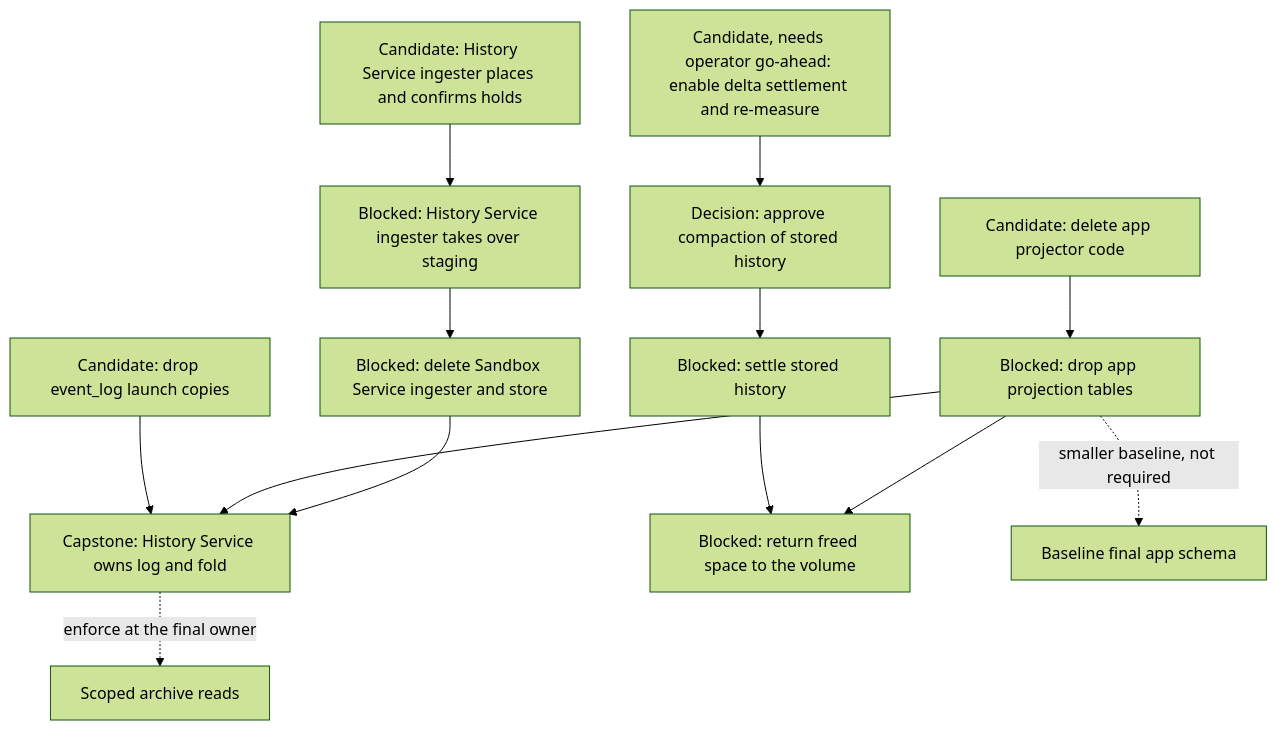
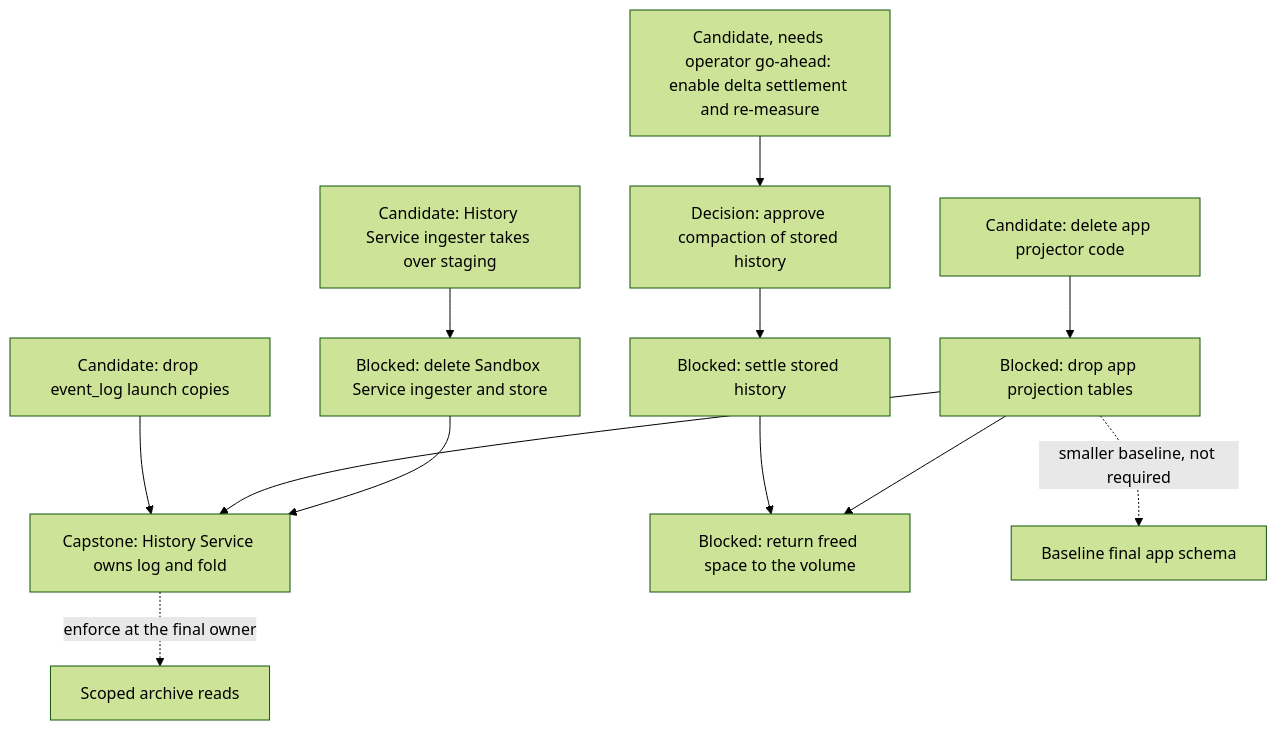
Before and after one commit to agentydragon-agent/ducktape: the eighth of 11 diagrams in agentplane/plans/task_dag.md, drawn with Mermaid (forest theme). The commit also changed other lines of this file and 6 other files, not shown here.

````diff
--- a/agentplane/plans/task_dag.md
+++ b/agentplane/plans/task_dag.md
@@ -631,28 +631,26 @@
 ```mermaid
 flowchart TD
-    HISTORY_RETENTION_HOLDS[Candidate: History Service ingester places and confirms holds]
-    HISTORY_WRITE_HANDOFF[Blocked: History Service ingester takes over staging]
+    HISTORY_WRITE_HANDOFF[Candidate: History Service ingester takes over staging]
     SANDBOX_LOCAL_HISTORY_RETIRE[Blocked: delete Sandbox Service ingester and store]
     APP_PROJECTOR_RETIRE[Candidate: delete app projector code]
     APP_PROJECTION_RETIRE[Blocked: drop app projection tables]
     APP_EVENT_LOG_COPIES_RETIRE[Candidate: drop event_log launch copies]
     HISTORY_SERVICE_OWNERSHIP[Capstone: History Service owns log and fold]
     SESSION_EVENT_RETENTION_ENABLE[Candidate, needs operator go-ahead: enable delta settlement and re-measure]
     SESSION_EVENT_COMPACTION_PLAN[Decision: approve compaction of stored history]
     SESSION_EVENT_COMPACTION[Blocked: settle stored history]
     HISTORY_REPACK[Blocked: return freed space to the volume]
     APP_ALEMBIC_SQUASH[Baseline final app schema]
     THREAD_READ_POLICY[Scoped archive reads]
-    HISTORY_RETENTION_HOLDS --> HISTORY_WRITE_HANDOFF
     HISTORY_WRITE_HANDOFF --> SANDBOX_LOCAL_HISTORY_RETIRE
     APP_PROJECTOR_RETIRE --> APP_PROJECTION_RETIRE
     APP_EVENT_LOG_COPIES_RETIRE --> HISTORY_SERVICE_OWNERSHIP
     APP_PROJECTION_RETIRE --> HISTORY_SERVICE_OWNERSHIP
     SANDBOX_LOCAL_HISTORY_RETIRE --> HISTORY_SERVICE_OWNERSHIP
     SESSION_EVENT_RETENTION_ENABLE --> SESSION_EVENT_COMPACTION_PLAN
     SESSION_EVENT_COMPACTION_PLAN --> SESSION_EVENT_COMPACTION
     SESSION_EVENT_COMPACTION --> HISTORY_REPACK
     APP_PROJECTION_RETIRE --> HISTORY_REPACK
     APP_PROJECTION_RETIRE -. smaller baseline, not required .-> APP_ALEMBIC_SQUASH
     HISTORY_SERVICE_OWNERSHIP -. enforce at the final owner .-> THREAD_READ_POLICY
 ```
````
